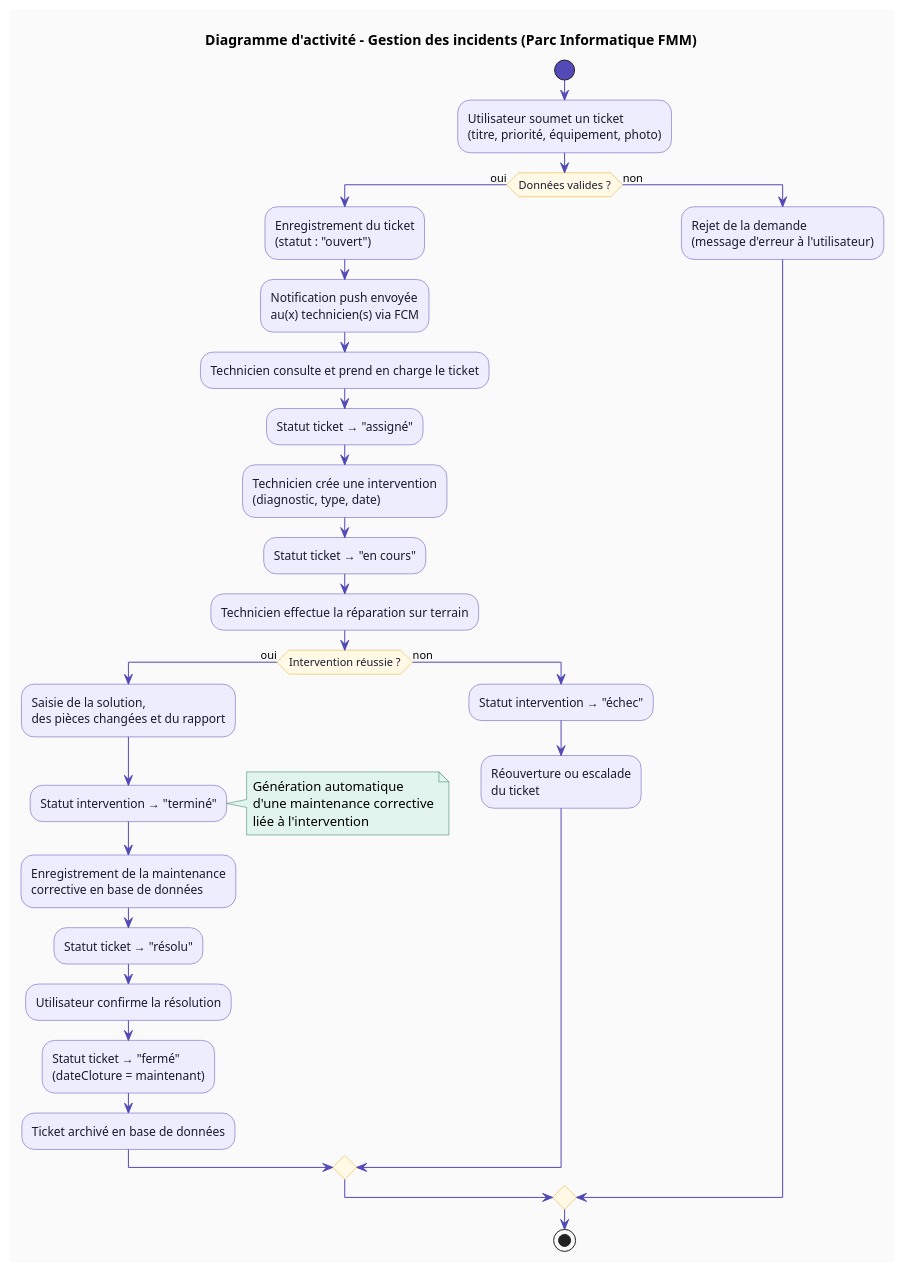
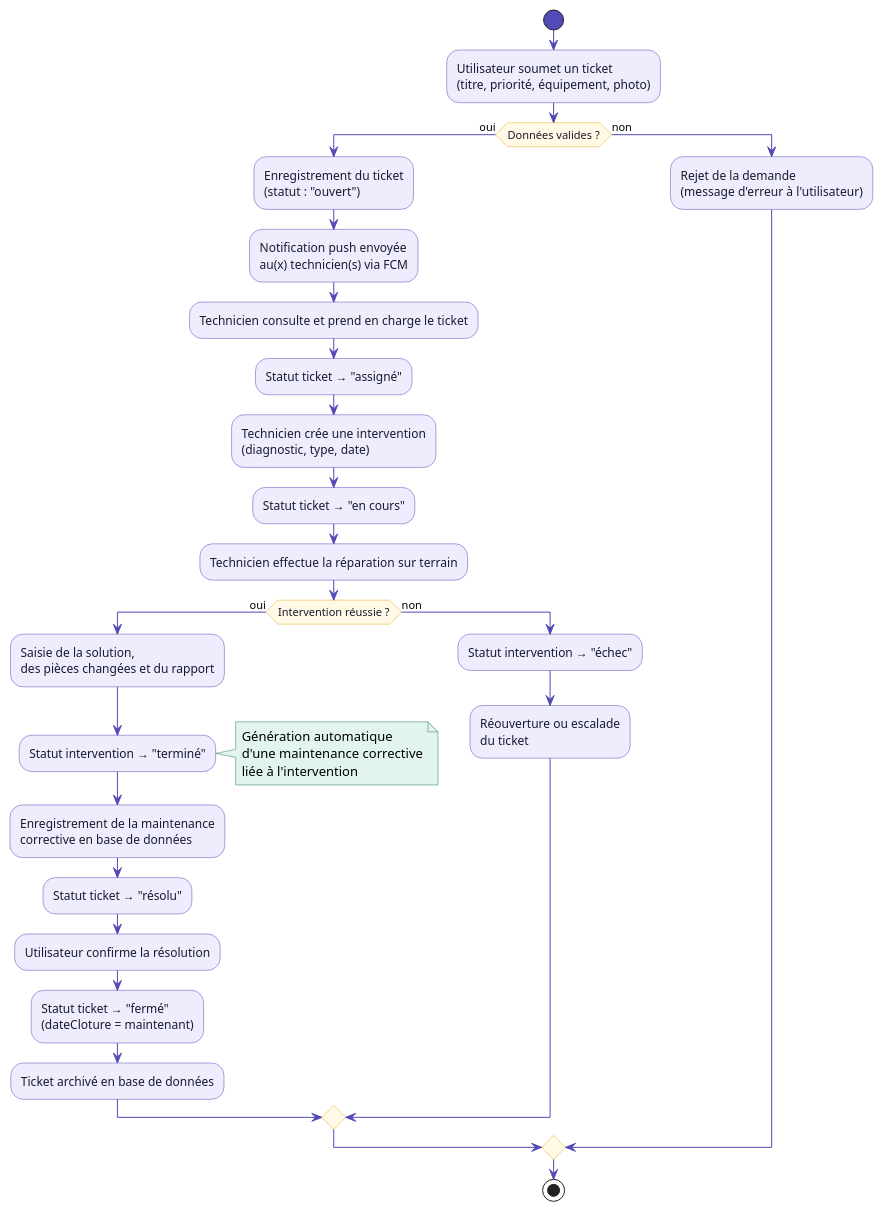
Before and after one commit to RachaZaibi/rapport: the diagram in chapter3/diagrams/activity_dataflow.wsd, drawn with PlantUML. The commit also changed 18 other files, not shown here.

```diff
--- a/chapter3/diagrams/activity_dataflow.wsd
+++ b/chapter3/diagrams/activity_dataflow.wsd
@@ -1,61 +1,60 @@
 @startuml activity_gestion_incidents
-title Diagramme d'activité – Gestion des incidents (Parc Informatique FMM)
 
-skinparam backgroundColor #FAFAFA
+' skinparam backgroundColor #FAFAFA
 skinparam activity {
   BackgroundColor #EEEDFE
   BorderColor #534AB7
   FontColor #1a1a2e
   DiamondBackgroundColor #FFF9E6
   DiamondBorderColor #E6A817
   StartColor #534AB7
   EndColor #534AB7
 }
 skinparam ArrowColor #534AB7
 skinparam note {
   BackgroundColor #E1F5EE
   BorderColor #2E7D5E
 }
 
 start
 
 :Utilisateur soumet un ticket\n(titre, priorité, équipement, photo);
 
 if (Données valides ?) then (oui)
   :Enregistrement du ticket\n(statut : "ouvert");
   :Notification push envoyée\nau(x) technicien(s) via FCM;
 
   :Technicien consulte et prend en charge le ticket;
   :Statut ticket → "assigné";
 
   :Technicien crée une intervention\n(diagnostic, type, date);
   :Statut ticket → "en cours";
 
   :Technicien effectue la réparation sur terrain;
 
   if (Intervention réussie ?) then (oui)
     :Saisie de la solution,\ndes pièces changées et du rapport;
     :Statut intervention → "terminé";
 
     note right
       Génération automatique
       d'une maintenance corrective
       liée à l'intervention
     end note
 
     :Enregistrement de la maintenance\ncorrective en base de données;
     :Statut ticket → "résolu";
 
     :Utilisateur confirme la résolution;
     :Statut ticket → "fermé"\n(dateCloture = maintenant);
     :Ticket archivé en base de données;
   else (non)
     :Statut intervention → "échec";
     :Réouverture ou escalade\ndu ticket;
   endif
 else (non)
   :Rejet de la demande\n(message d'erreur à l'utilisateur);
 endif
 
 stop
 @enduml
```
